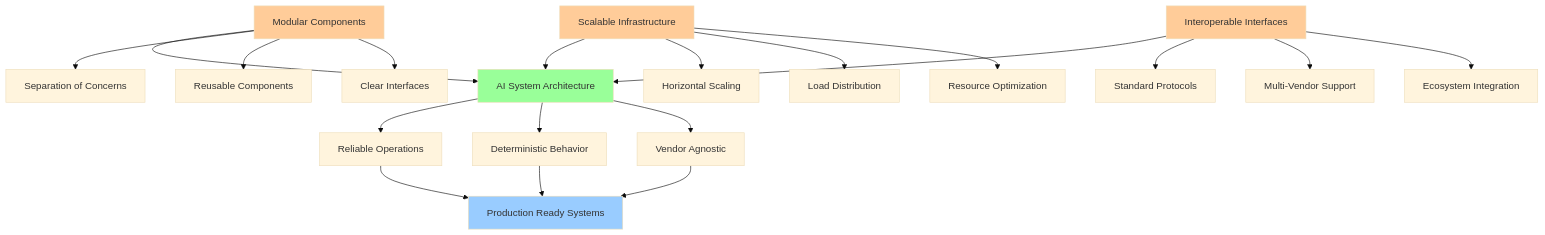
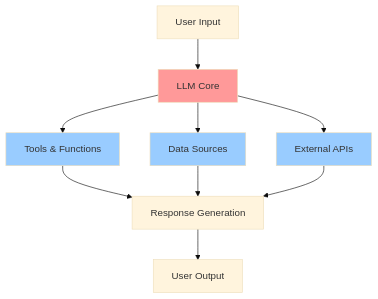
The fifth of 7 diagrams in ai-evolution-slides.md (MTCMarkFranco/era-of-ai), drawn with Mermaid (base theme) before and after one commit. The commit also changed other lines of this file, not shown here.

````diff
--- a/ai-evolution-slides.md
+++ b/ai-evolution-slides.md
@@ -155,32 +155,18 @@
 ```mermaid
 graph TD
-    A[Modular Components] --> D[AI System Architecture]
-    B[Scalable Infrastructure] --> D
-    C[Interoperable Interfaces] --> D
+    A[User Input] --> B[LLM Core]
+    B --> C[Tools & Functions]
+    B --> D[Data Sources]
+    B --> E[External APIs]
     
-    D --> E[Reliable Operations]
-    D --> F[Deterministic Behavior]
-    D --> G[Vendor Agnostic]
+    C --> F[Response Generation]
+    D --> F
+    E --> F
     
-    E --> H[Production Ready Systems]
-    F --> H
-    G --> H
+    F --> G[User Output]
     
-    A --> A1[Separation of Concerns]
-    A --> A2[Reusable Components]
-    A --> A3[Clear Interfaces]
-    
-    B --> B1[Horizontal Scaling]
-    B --> B2[Load Distribution]
-    B --> B3[Resource Optimization]
-    
-    C --> C1[Standard Protocols]
-    C --> C2[Multi-Vendor Support]
-    C --> C3[Ecosystem Integration]
-    
-    style D fill:#99ff99
-    style H fill:#99ccff
-    style A fill:#ffcc99
-    style B fill:#ffcc99
-    style C fill:#ffcc99
+    style B fill:#ff9999
+    style C fill:#99ccff
+    style D fill:#99ccff
+    style E fill:#99ccff
 ```
````
